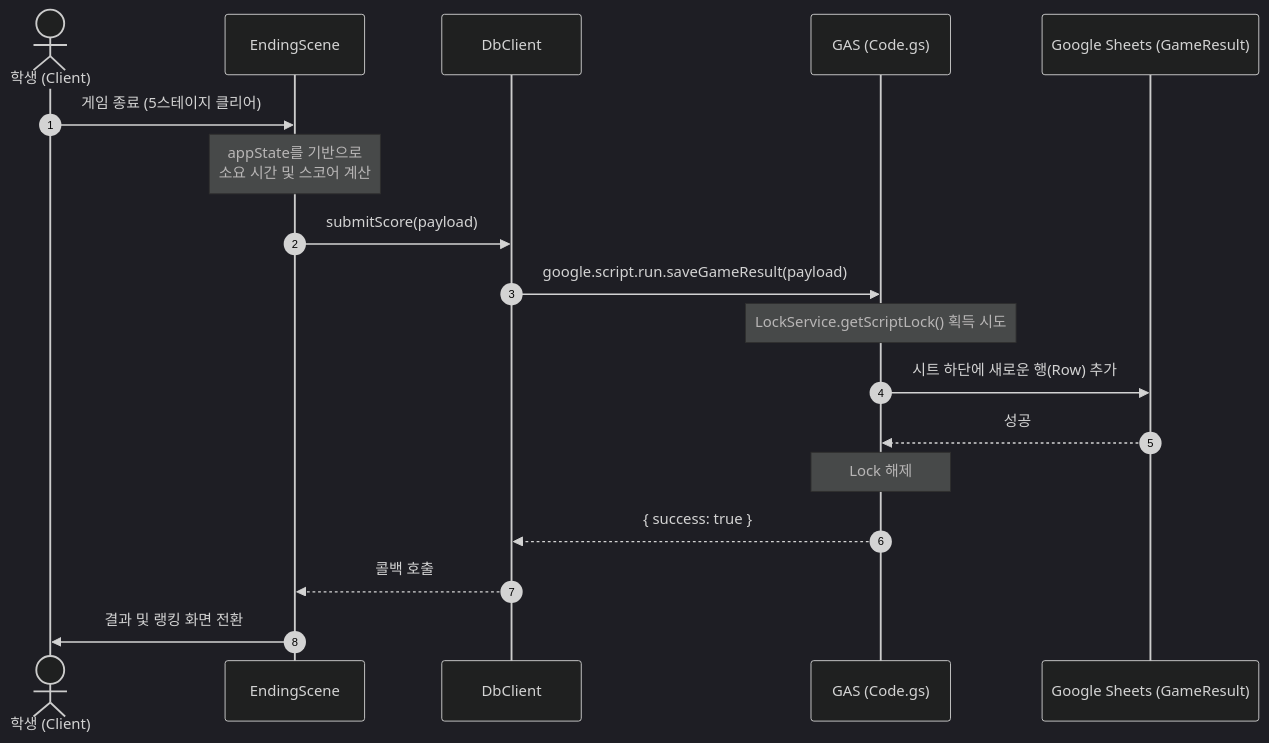
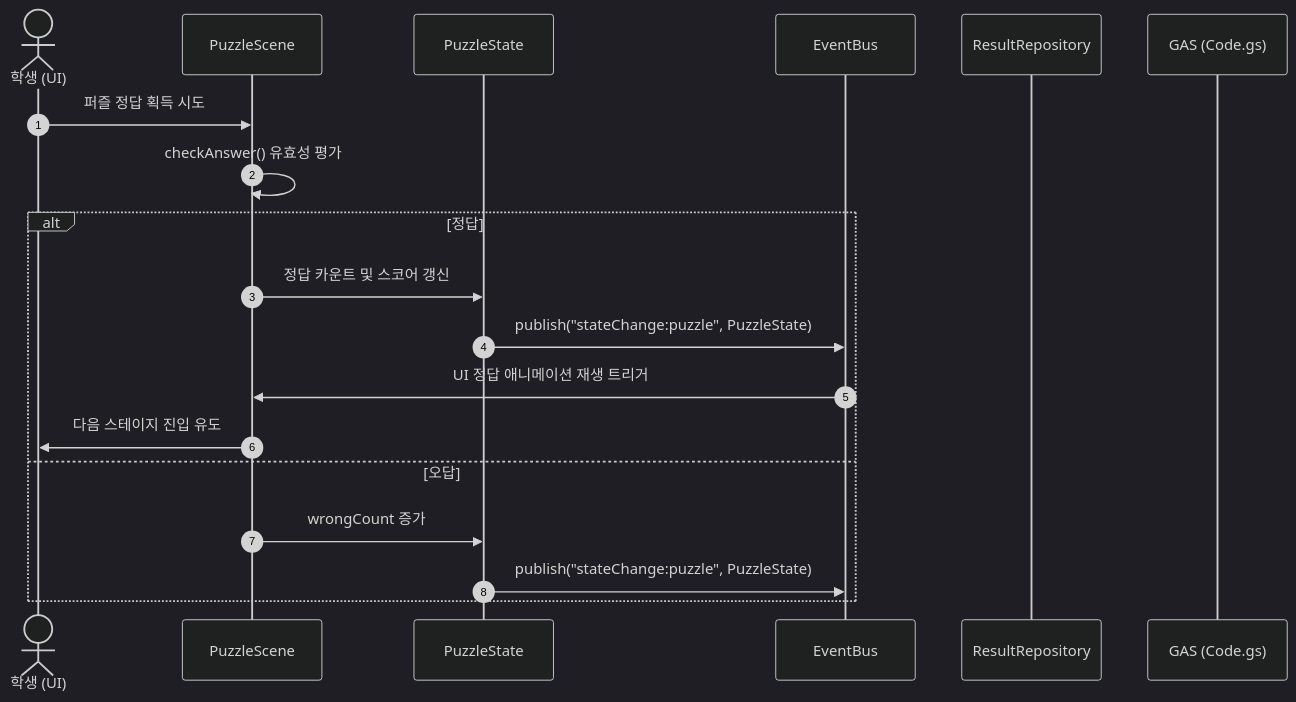
Before and after one commit to JK1027/room-math1-plane-figure: the diagram in PROJECT_GUIDE.md, drawn with Mermaid (dark theme). The commit also changed other lines of this file and 32 other files, not shown here.

````diff
--- a/PROJECT_GUIDE.md
+++ b/PROJECT_GUIDE.md
@@ -220,21 +178,22 @@
 ```mermaid
 sequenceDiagram
     autonumber
-    actor Student as 학생 (Client)
-    participant Scene as EndingScene
-    participant Db as DbClient
+    actor User as 학생 (UI)
+    participant Scene as PuzzleScene
+    participant State as PuzzleState
+    participant EB as EventBus
+    participant Rep as ResultRepository
     participant GAS as GAS (Code.gs)
-    participant Sheet as Google Sheets (GameResult)
 
-    Student->>Scene: 게임 종료 (5스테이지 클리어)
-    Note over Scene: appState를 기반으로<br/>소요 시간 및 스코어 계산
-    Scene->>Db: submitScore(payload)
-    Db->>GAS: google.script.run.saveGameResult(payload)
-    Note over GAS: LockService.getScriptLock() 획득 시도
-    GAS->>Sheet: 시트 하단에 새로운 행(Row) 추가
-    Sheet-->>GAS: 성공
-    Note over GAS: Lock 해제
-    GAS-->>Db: { success: true }
-    Db-->>Scene: 콜백 호출
-    Scene->>Student: 결과 및 랭킹 화면 전환
+    User->>Scene: 퍼즐 정답 획득 시도
+    Scene->>Scene: checkAnswer() 유효성 평가
+    alt 정답
+        Scene->>State: 정답 카운트 및 스코어 갱신
+        State->>EB: publish("stateChange:puzzle", PuzzleState)
+        EB->>Scene: UI 정답 애니메이션 재생 트리거
+        Scene->>User: 다음 스테이지 진입 유도
+    else 오답
+        Scene->>State: wrongCount 증가
+        State->>EB: publish("stateChange:puzzle", PuzzleState)
+    end
 ```
````
